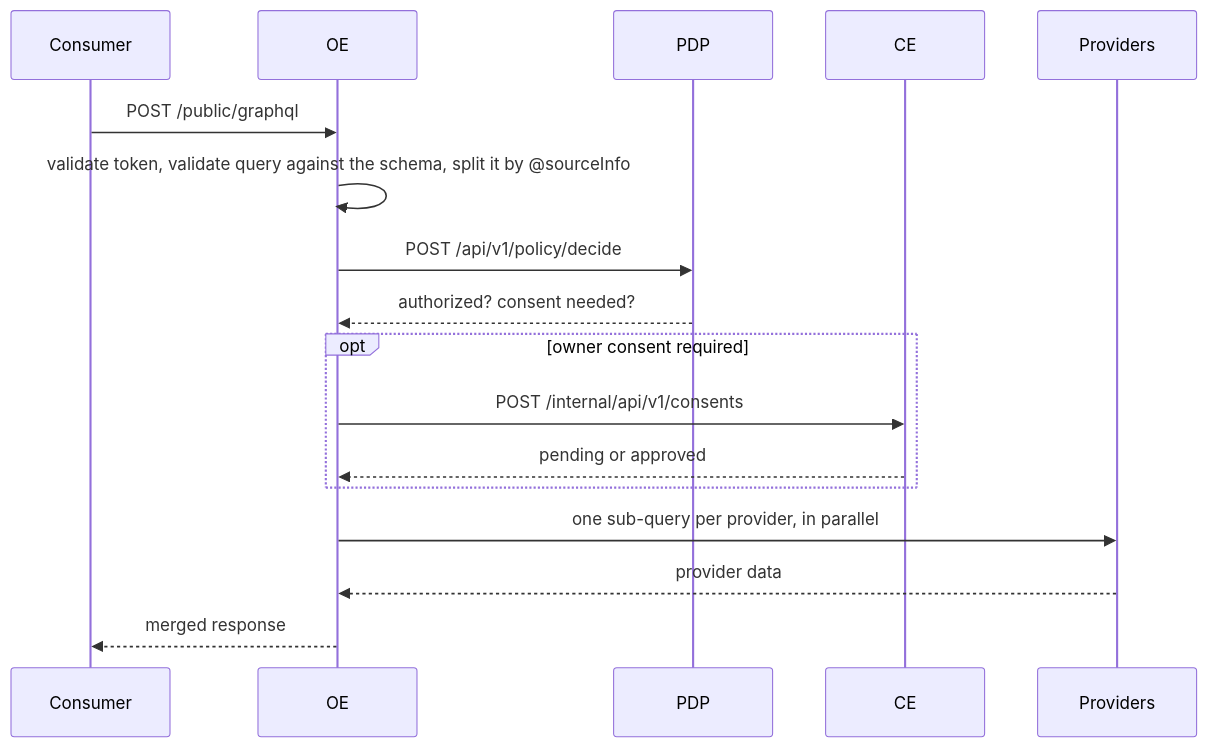
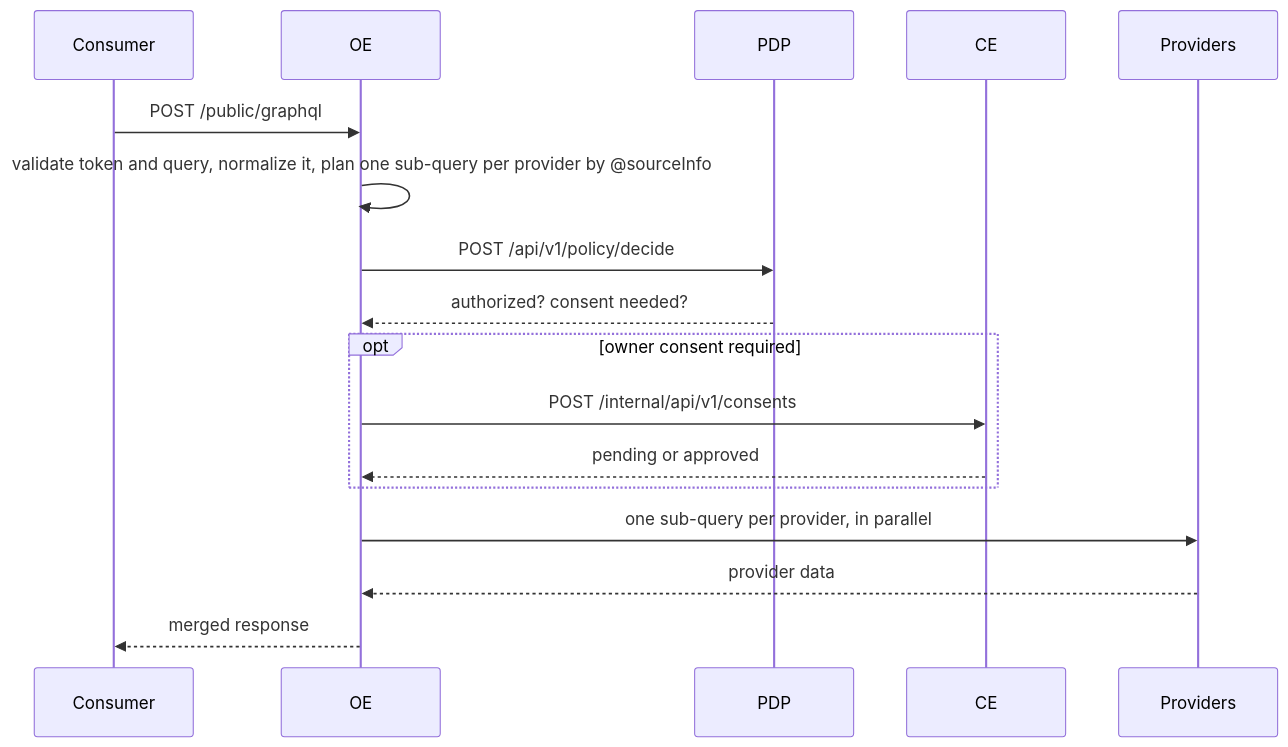
The second of 2 diagrams in cmd/oe/README.md (mushrafmim/openndx), drawn with Mermaid before and after one commit. The commit also changed other lines of this file and 40 other files, not shown here.

First line of the commit message:
refactor(oe): plan, execute and merge queries with gqlparser, and remove graphql-go (#671)

````diff
--- a/cmd/oe/README.md
+++ b/cmd/oe/README.md
@@ -78,19 +78,19 @@
 ```mermaid
 sequenceDiagram
     participant C as Consumer
     participant OE
     participant PDP
     participant CE
     participant P as Providers
     C->>OE: POST /public/graphql
-    OE->>OE: validate token, validate query against the schema, split it by @sourceInfo
+    OE->>OE: validate token and query, normalize it, plan one sub-query per provider by @sourceInfo
     OE->>PDP: POST /api/v1/policy/decide
     PDP-->>OE: authorized? consent needed?
     opt owner consent required
         OE->>CE: POST /internal/api/v1/consents
         CE-->>OE: pending or approved
     end
     OE->>P: one sub-query per provider, in parallel
     P-->>OE: provider data
     OE-->>C: merged response
 ```
````
